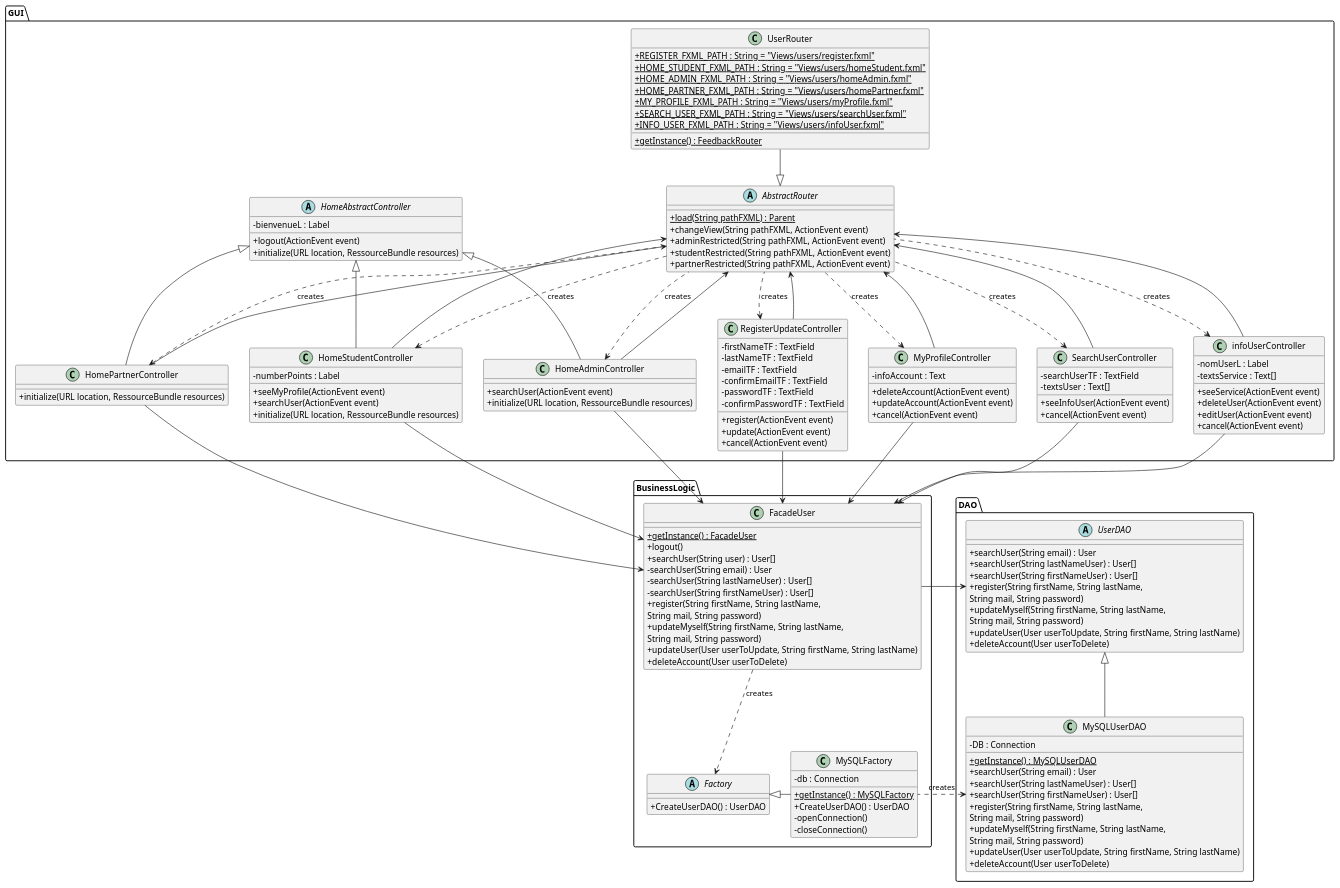
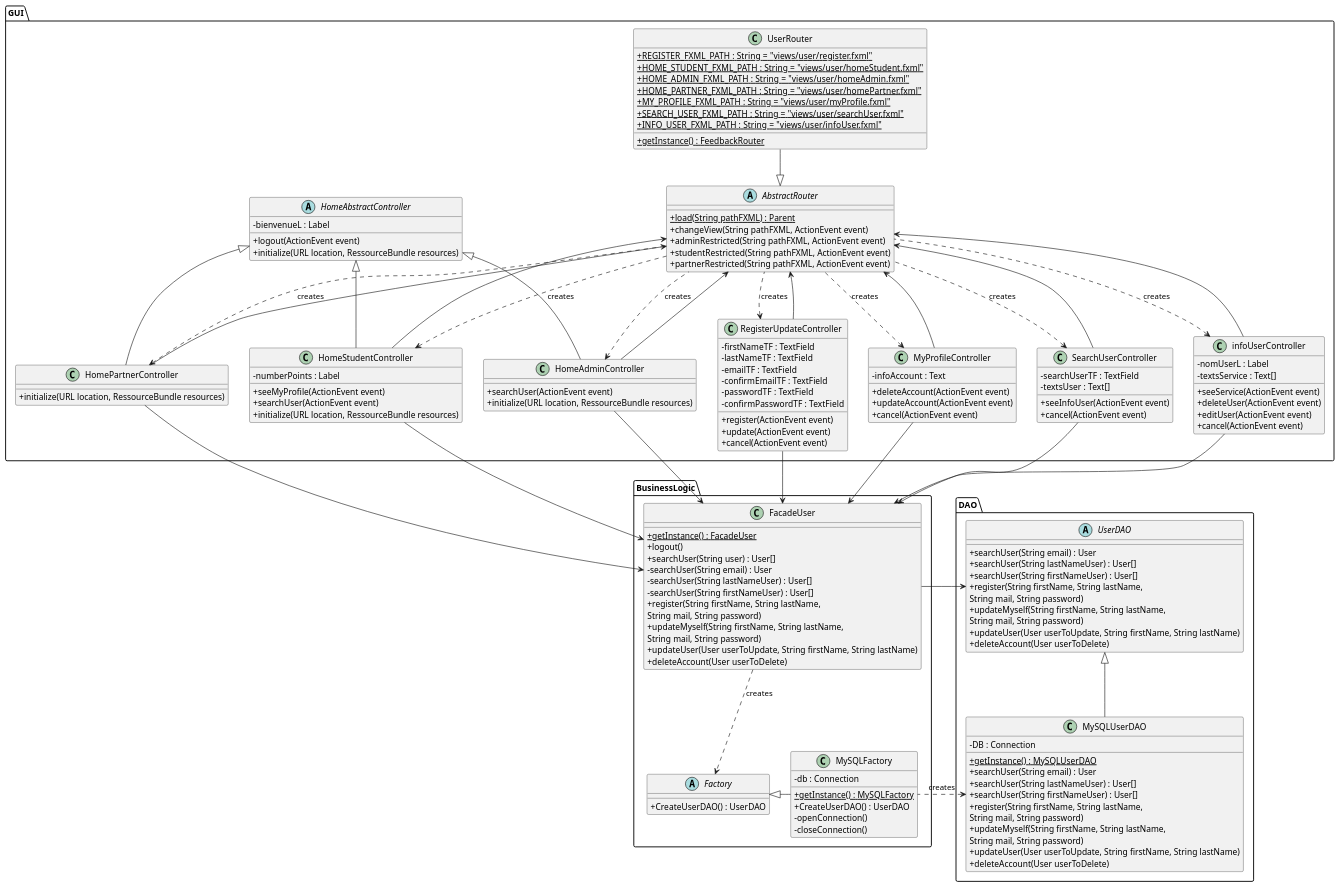
One commit to guiguie34/StudEasy changed the diagram in project_diagrams/classDiagrams/userManagement.puml. Above: the diagram before and after it, drawn with PlantUML. The commit also changed 7 other files, not shown here.

Commit message:
Fix : path views in the routers

```diff
--- a/project_diagrams/classDiagrams/userManagement.puml
+++ b/project_diagrams/classDiagrams/userManagement.puml
@@ -1,178 +1,178 @@
 @startuml
 skinparam classAttributeIconSize 0
 
 package GUI{
     abstract class AbstractRouter{
         + {static} load(String pathFXML) : Parent
         + changeView(String pathFXML, ActionEvent event)
         + adminRestricted(String pathFXML, ActionEvent event)
         + studentRestricted(String pathFXML, ActionEvent event)
         + partnerRestricted(String pathFXML, ActionEvent event)
     }
 
     class UserRouter{
-        + {static} REGISTER_FXML_PATH : String = "Views/users/register.fxml"
-        + {static} HOME_STUDENT_FXML_PATH : String = "Views/users/homeStudent.fxml"
-        + {static} HOME_ADMIN_FXML_PATH : String = "Views/users/homeAdmin.fxml"
-        + {static} HOME_PARTNER_FXML_PATH : String = "Views/users/homePartner.fxml"
-        + {static} MY_PROFILE_FXML_PATH : String = "Views/users/myProfile.fxml"
-        + {static} SEARCH_USER_FXML_PATH : String = "Views/users/searchUser.fxml"
-        + {static} INFO_USER_FXML_PATH : String = "Views/users/infoUser.fxml"
+        + {static} REGISTER_FXML_PATH : String = "views/user/register.fxml"
+        + {static} HOME_STUDENT_FXML_PATH : String = "views/user/homeStudent.fxml"
+        + {static} HOME_ADMIN_FXML_PATH : String = "views/user/homeAdmin.fxml"
+        + {static} HOME_PARTNER_FXML_PATH : String = "views/user/homePartner.fxml"
+        + {static} MY_PROFILE_FXML_PATH : String = "views/user/myProfile.fxml"
+        + {static} SEARCH_USER_FXML_PATH : String = "views/user/searchUser.fxml"
+        + {static} INFO_USER_FXML_PATH : String = "views/user/infoUser.fxml"
         + {static} getInstance() : FeedbackRouter
     }
 
     abstract class HomeAbstractController{
         - bienvenueL : Label
         + logout(ActionEvent event)
         + initialize(URL location, RessourceBundle resources)
     }
 
     class HomePartnerController{
         + initialize(URL location, RessourceBundle resources)
     }
 
     class HomeStudentController{
         - numberPoints : Label
         + seeMyProfile(ActionEvent event)
         + searchUser(ActionEvent event)
         + initialize(URL location, RessourceBundle resources)
     }
 
     class HomeAdminController{
         + searchUser(ActionEvent event)
         + initialize(URL location, RessourceBundle resources)
     }
 
     class RegisterUpdateController{
         - firstNameTF : TextField
         - lastNameTF : TextField
         - emailTF : TextField
         - confirmEmailTF : TextField
         - passwordTF : TextField
         - confirmPasswordTF : TextField
         + register(ActionEvent event)
         + update(ActionEvent event)
         + cancel(ActionEvent event)
     }
 
     class MyProfileController{
         - infoAccount : Text
         + deleteAccount(ActionEvent event)
         + updateAccount(ActionEvent event)
         + cancel(ActionEvent event)
     }
 
     class SearchUserController{
         - searchUserTF : TextField
         - textsUser : Text[]
         + seeInfoUser(ActionEvent event)
         + cancel(ActionEvent event)
     }
 
     class infoUserController{
         - nomUserL : Label
         - textsService : Text[]
         + seeService(ActionEvent event)
         + deleteUser(ActionEvent event)
         + editUser(ActionEvent event)
         + cancel(ActionEvent event)
     }
 
     HomePartnerController -up-|> HomeAbstractController
     HomeStudentController -up-|> HomeAbstractController
     HomeAdminController -up-|> HomeAbstractController
 
     HomePartnerController -up-> AbstractRouter
     HomeStudentController -up-> AbstractRouter
     HomeAdminController -up-> AbstractRouter
     RegisterUpdateController -up-> AbstractRouter
     MyProfileController -up-> AbstractRouter
     SearchUserController -up-> AbstractRouter
     infoUserController -up-> AbstractRouter
 
     HomePartnerController <.. AbstractRouter : creates
     HomeStudentController <.. AbstractRouter : creates
     HomeAdminController <.. AbstractRouter : creates
     RegisterUpdateController <.. AbstractRouter : creates
     MyProfileController <.. AbstractRouter : creates
     SearchUserController <.. AbstractRouter : creates
     infoUserController <.. AbstractRouter : creates
 
     UserRouter -down-|> AbstractRouter
 
 }
 
 package BusinessLogic{
     class FacadeUser{
         + {static} getInstance() : FacadeUser
         + logout()
         + searchUser(String user) : User[]
         - searchUser(String email) : User
         - searchUser(String lastNameUser) : User[]
         - searchUser(String firstNameUser) : User[]
         + register(String firstName, String lastName,
         String mail, String password)
         + updateMyself(String firstName, String lastName,
         String mail, String password)
         + updateUser(User userToUpdate, String firstName, String lastName)
         + deleteAccount(User userToDelete)
     }
 
     abstract class Factory{
         + CreateUserDAO() : UserDAO
     }
 
     class MySQLFactory{
         - db : Connection
         + {static} getInstance() : MySQLFactory
         + CreateUserDAO() : UserDAO
         - openConnection()
         - closeConnection()
     }
 
     FacadeUser ..> Factory  : creates
     MySQLFactory -left-|> Factory
 
     HomePartnerController --> FacadeUser
     HomeStudentController --> FacadeUser
     HomeAdminController --> FacadeUser
     RegisterUpdateController --> FacadeUser
     MyProfileController --> FacadeUser
     SearchUserController --> FacadeUser
     infoUserController --> FacadeUser
 }
 
 package DAO{
     abstract class UserDAO{
         + searchUser(String email) : User
         + searchUser(String lastNameUser) : User[]
         + searchUser(String firstNameUser) : User[]
         + register(String firstName, String lastName,
         String mail, String password)
         + updateMyself(String firstName, String lastName,
         String mail, String password)
         + updateUser(User userToUpdate, String firstName, String lastName)
         + deleteAccount(User userToDelete)
     }
 
     class MySQLUserDAO{
         - DB : Connection
         + {static} getInstance() : MySQLUserDAO
         + searchUser(String email) : User
         + searchUser(String lastNameUser) : User[]
         + searchUser(String firstNameUser) : User[]
         + register(String firstName, String lastName,
         String mail, String password)
         + updateMyself(String firstName, String lastName,
         String mail, String password)
         + updateUser(User userToUpdate, String firstName, String lastName)
         + deleteAccount(User userToDelete)
     }
 
     UserDAO <|-- MySQLUserDAO
     UserDAO <-right- FacadeUser
 
     MySQLUserDAO <.right. MySQLFactory : creates
 }
 
 @enduml
```
